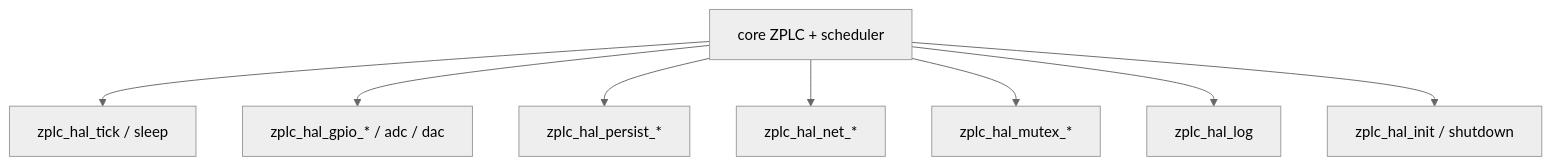
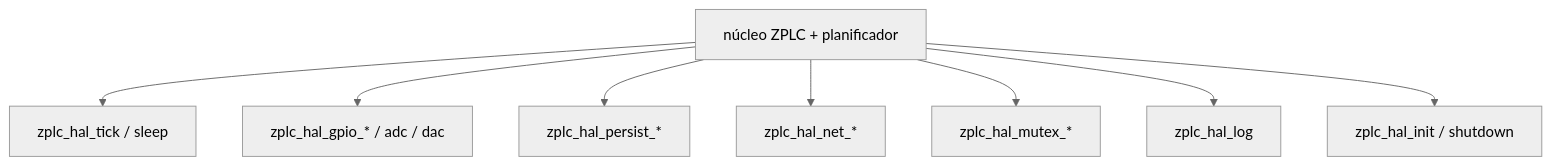
Before and after one commit to eduardojvieira/ZPLC: the diagram in docs/i18n/es/docusaurus-plugin-content-docs/current/runtime/hal-contract.md, drawn with Mermaid (neutral theme). The commit also changed other lines of this file and 2 other files, not shown here.

Commit message:
docs(es): HAL contract and memory model pages; EN HAL contract list break and port count

````diff
--- a/docs/i18n/es/docusaurus-plugin-content-docs/current/runtime/hal-contract.md
+++ b/docs/i18n/es/docusaurus-plugin-content-docs/current/runtime/hal-contract.md
@@ -19,10 +19,10 @@
 ```mermaid
 flowchart TD
-  Core[core ZPLC + scheduler] --> Timing[zplc_hal_tick / sleep]
+  Core[núcleo ZPLC + planificador] --> Timing[zplc_hal_tick / sleep]
   Core --> IO[zplc_hal_gpio_* / adc / dac]
   Core --> Persist[zplc_hal_persist_*]
   Core --> Net[zplc_hal_net_*]
   Core --> Sync[zplc_hal_mutex_*]
   Core --> Log[zplc_hal_log]
   Core --> Lifecycle[zplc_hal_init / shutdown]
 ```
````
